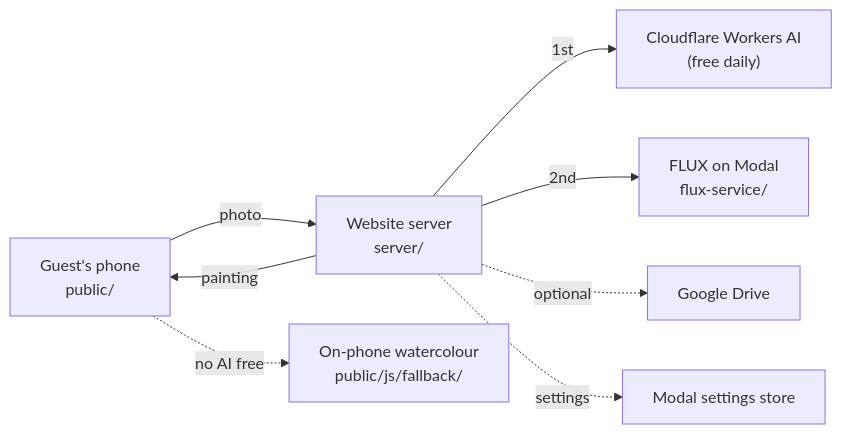
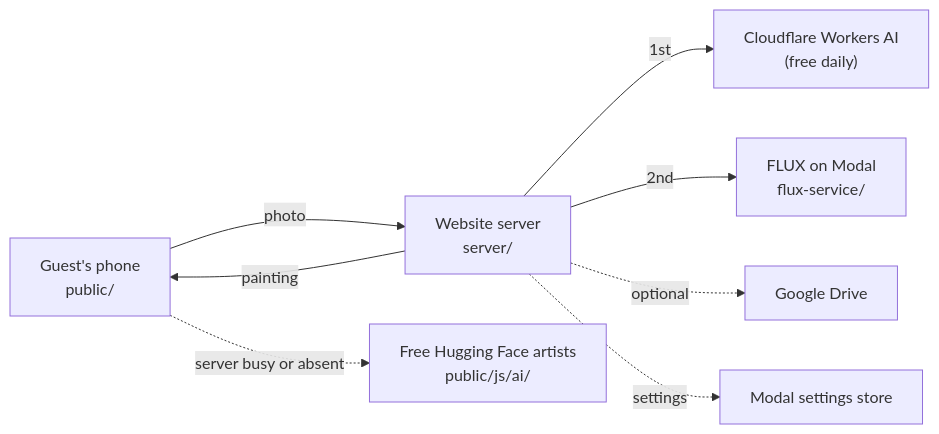
One commit to amitk97/KeepsakePhotos changed the diagram in docs/ARCHITECTURE.md. Above: the diagram before and after it, drawn with Mermaid. The commit also changed other lines of this file and 28 other files, not shown here.

First line of the commit message:
Real caricatures for free: Hugging Face artists from the phone, no filter (#8)

````diff
--- a/docs/ARCHITECTURE.md
+++ b/docs/ARCHITECTURE.md
@@ -11,10 +11,10 @@
 ```mermaid
 flowchart LR
   Phone["Guest's phone<br/>public/"] -->|photo| Server["Website server<br/>server/"]
   Server -->|1st| CF["Cloudflare Workers AI<br/>(free daily)"]
   Server -->|2nd| Modal["FLUX on Modal<br/>flux-service/"]
   Server -.->|optional| Drive["Google Drive"]
   Server -.->|settings| Store["Modal settings store"]
   Server -->|painting| Phone
-  Phone -.->|no AI free| Filter["On-phone watercolour<br/>public/js/fallback/"]
+  Phone -.->|server busy or absent| HF["Free Hugging Face artists<br/>public/js/ai/"]
 ```
````
